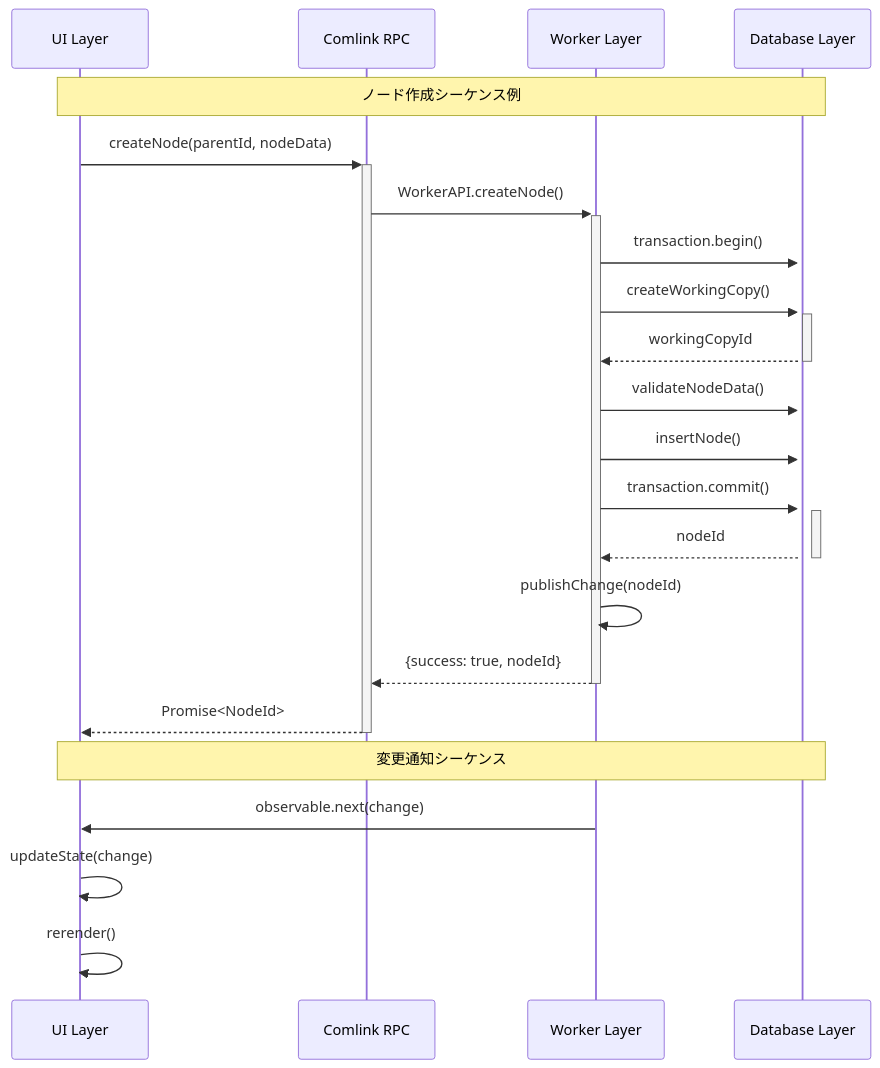
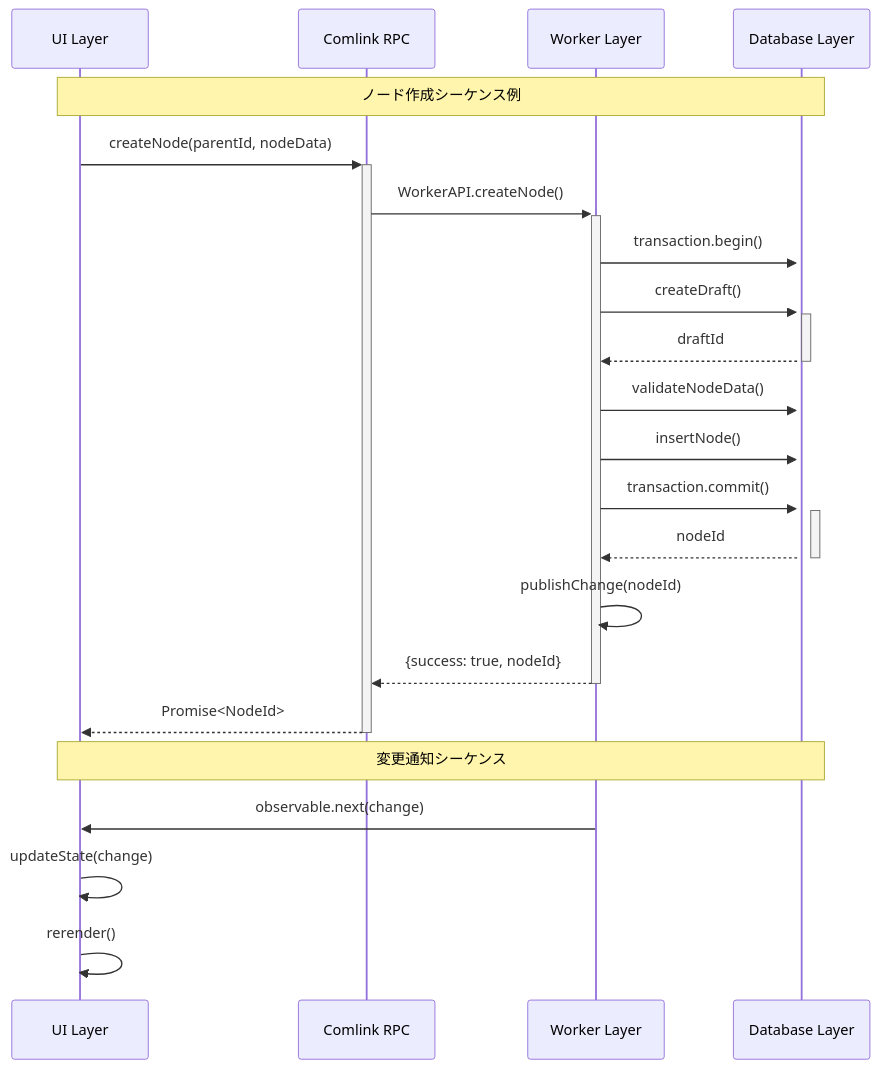
One commit to kubohiroya/hierarchidb changed the tenth of 23 diagrams in docs/DEVELOPER_REPORT_COMPREHENSIVE/01_EXECUTIVE_SUMMARY.md. Above: the diagram before and after it, drawn with Mermaid. The commit also changed other lines of this file and 796 other files, not shown here.

````diff
--- a/docs/DEVELOPER_REPORT_COMPREHENSIVE/01_EXECUTIVE_SUMMARY.md
+++ b/docs/DEVELOPER_REPORT_COMPREHENSIVE/01_EXECUTIVE_SUMMARY.md
@@ -301,27 +301,27 @@
 ```mermaid
 sequenceDiagram
     participant UI as UI Layer
     participant RPC as Comlink RPC
     participant Worker as Worker Layer
     participant DB as Database Layer
     
     Note over UI,DB: ノード作成シーケンス例
     
     UI->>+RPC: createNode(parentId, nodeData)
     RPC->>+Worker: WorkerAPI.createNode()
     Worker->>+DB: transaction.begin()
-    Worker->>+DB: createWorkingCopy()
-    DB-->>-Worker: workingCopyId
+    Worker->>+DB: createDraft()
+    DB-->>-Worker: draftId
     Worker->>+DB: validateNodeData()
     Worker->>+DB: insertNode()
     Worker->>+DB: transaction.commit()
     DB-->>-Worker: nodeId
     Worker->>Worker: publishChange(nodeId)
     Worker-->>-RPC: {success: true, nodeId}
     RPC-->>-UI: Promise<NodeId>
     
     Note over UI,DB: 変更通知シーケンス
     Worker->>UI: observable.next(change)
     UI->>UI: updateState(change)
     UI->>UI: rerender()
 ```
````
